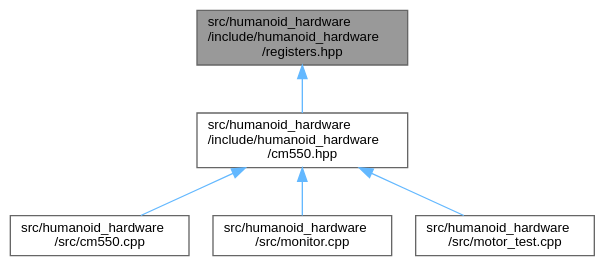
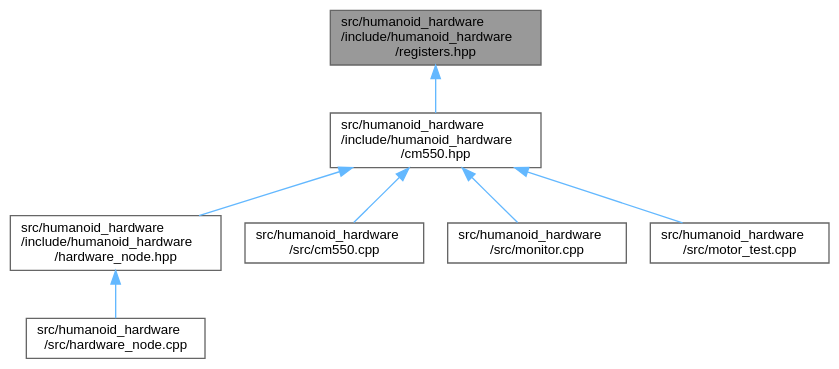
The diagram in humanoid/api/cpp_generated/registers_8hpp__dep__incl.dot (Sensor-Fusion-and-Advanced-Control/.github), drawn with Graphviz before and after one commit. The commit also changed 229 other files, not shown here.

```diff
--- a/humanoid/api/cpp_generated/registers_8hpp__dep__incl.dot
+++ b/humanoid/api/cpp_generated/registers_8hpp__dep__incl.dot
@@ -1,16 +1,20 @@
 digraph "src/humanoid_hardware/include/humanoid_hardware/registers.hpp"
 {
  // LATEX_PDF_SIZE
   bgcolor="transparent";
   edge [fontname=Helvetica,fontsize=10,labelfontname=Helvetica,labelfontsize=10];
   node [fontname=Helvetica,fontsize=10,shape=box,height=0.2,width=0.4];
   Node1 [id="Node000001",label="src/humanoid_hardware\l/include/humanoid_hardware\l/registers.hpp",height=0.2,width=0.4,color="gray40", fillcolor="grey60", style="filled", fontcolor="black",tooltip=" "];
   Node1 -> Node2 [id="edge1_Node000001_Node000002",dir="back",color="steelblue1",style="solid",tooltip=" "];
   Node2 [id="Node000002",label="src/humanoid_hardware\l/include/humanoid_hardware\l/cm550.hpp",height=0.2,width=0.4,color="grey40", fillcolor="white", style="filled",URL="$cm550_8hpp.html",tooltip=" "];
   Node2 -> Node3 [id="edge2_Node000002_Node000003",dir="back",color="steelblue1",style="solid",tooltip=" "];
-  Node3 [id="Node000003",label="src/humanoid_hardware\l/src/cm550.cpp",height=0.2,width=0.4,color="grey40", fillcolor="white", style="filled",URL="$cm550_8cpp.html",tooltip=" "];
-  Node2 -> Node4 [id="edge3_Node000002_Node000004",dir="back",color="steelblue1",style="solid",tooltip=" "];
-  Node4 [id="Node000004",label="src/humanoid_hardware\l/src/monitor.cpp",height=0.2,width=0.4,color="grey40", fillcolor="white", style="filled",URL="$monitor_8cpp.html",tooltip=" "];
+  Node3 [id="Node000003",label="src/humanoid_hardware\l/include/humanoid_hardware\l/hardware_node.hpp",height=0.2,width=0.4,color="grey40", fillcolor="white", style="filled",URL="$hardware__node_8hpp.html",tooltip=" "];
+  Node3 -> Node4 [id="edge3_Node000003_Node000004",dir="back",color="steelblue1",style="solid",tooltip=" "];
+  Node4 [id="Node000004",label="src/humanoid_hardware\l/src/hardware_node.cpp",height=0.2,width=0.4,color="grey40", fillcolor="white", style="filled",URL="$hardware__node_8cpp.html",tooltip=" "];
   Node2 -> Node5 [id="edge4_Node000002_Node000005",dir="back",color="steelblue1",style="solid",tooltip=" "];
-  Node5 [id="Node000005",label="src/humanoid_hardware\l/src/motor_test.cpp",height=0.2,width=0.4,color="grey40", fillcolor="white", style="filled",URL="$motor__test_8cpp.html",tooltip=" "];
+  Node5 [id="Node000005",label="src/humanoid_hardware\l/src/cm550.cpp",height=0.2,width=0.4,color="grey40", fillcolor="white", style="filled",URL="$cm550_8cpp.html",tooltip=" "];
+  Node2 -> Node6 [id="edge5_Node000002_Node000006",dir="back",color="steelblue1",style="solid",tooltip=" "];
+  Node6 [id="Node000006",label="src/humanoid_hardware\l/src/monitor.cpp",height=0.2,width=0.4,color="grey40", fillcolor="white", style="filled",URL="$monitor_8cpp.html",tooltip=" "];
+  Node2 -> Node7 [id="edge6_Node000002_Node000007",dir="back",color="steelblue1",style="solid",tooltip=" "];
+  Node7 [id="Node000007",label="src/humanoid_hardware\l/src/motor_test.cpp",height=0.2,width=0.4,color="grey40", fillcolor="white", style="filled",URL="$motor__test_8cpp.html",tooltip=" "];
 }
```
